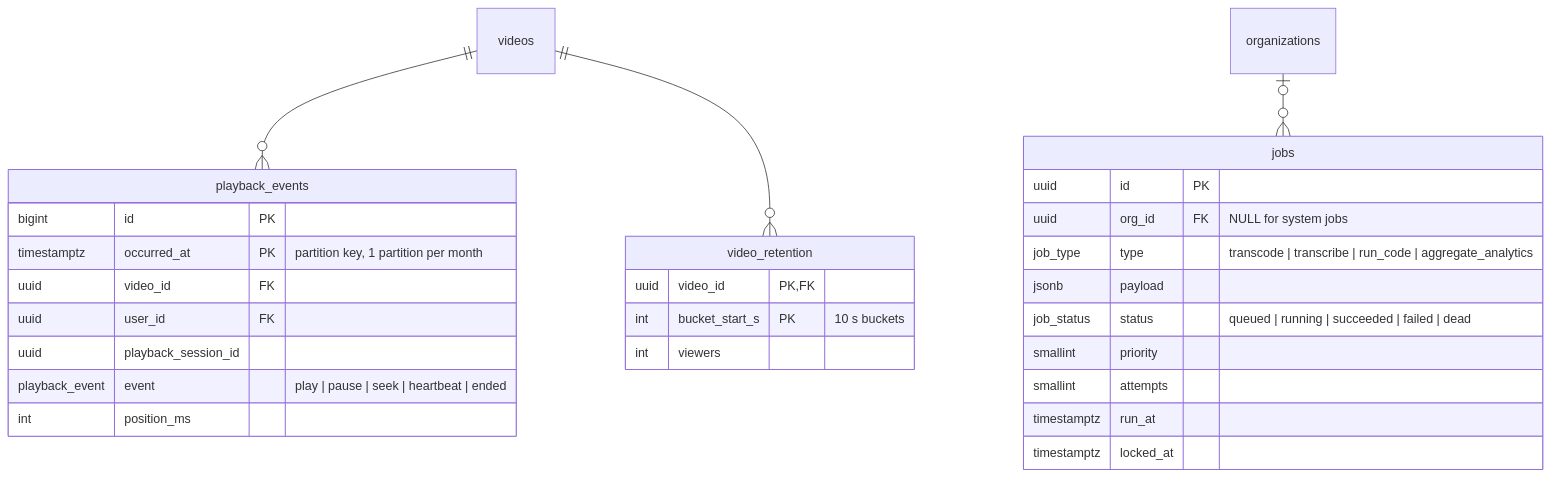
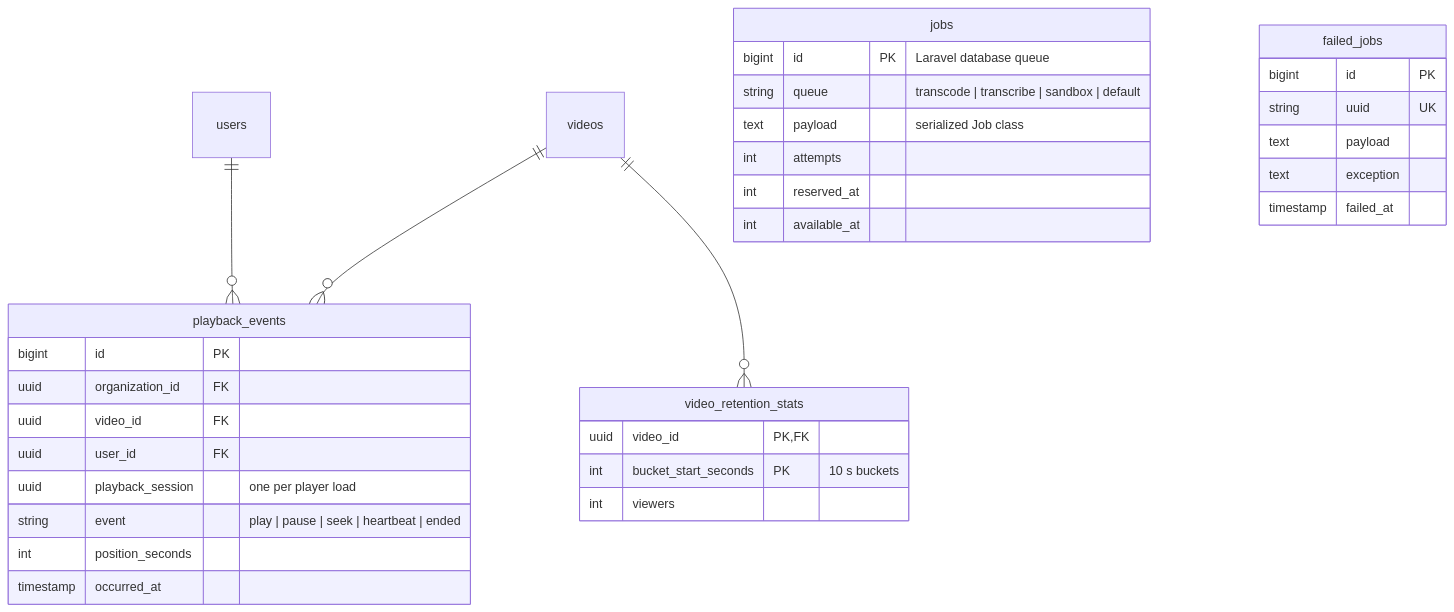
Before and after one commit to lucaszebre/ANNUALPROJECT-IWJ3: the sixth of 6 diagrams in docs/data-model.md, drawn with Mermaid. The commit also changed other lines of this file and 2 other files, not shown here.

First line of the commit message:
docs(db): rework the data model for Laravel

````diff
--- a/docs/data-model.md
+++ b/docs/data-model.md
@@ -267,31 +281,36 @@
 ```mermaid
 erDiagram
     videos ||--o{ playback_events : ""
-    videos ||--o{ video_retention : ""
-    organizations |o--o{ jobs : ""
+    users ||--o{ playback_events : ""
+    videos ||--o{ video_retention_stats : ""
     playback_events {
         bigint id PK
-        timestamptz occurred_at PK "partition key, 1 partition per month"
+        uuid organization_id FK
         uuid video_id FK
         uuid user_id FK
-        uuid playback_session_id
-        playback_event event "play | pause | seek | heartbeat | ended"
-        int position_ms
+        uuid playback_session "one per player load"
+        string event "play | pause | seek | heartbeat | ended"
+        int position_seconds
+        timestamp occurred_at
     }
-    video_retention {
+    video_retention_stats {
         uuid video_id PK, FK
-        int bucket_start_s PK "10 s buckets"
+        int bucket_start_seconds PK "10 s buckets"
         int viewers
     }
     jobs {
-        uuid id PK
-        uuid org_id FK "NULL for system jobs"
-        job_type type "transcode | transcribe | run_code | aggregate_analytics"
-        jsonb payload
-        job_status status "queued | running | succeeded | failed | dead"
-        smallint priority
-        smallint attempts
-        timestamptz run_at
-        timestamptz locked_at
+        bigint id PK "Laravel database queue"
+        string queue "transcode | transcribe | sandbox | default"
+        text payload "serialized Job class"
+        int attempts
+        int reserved_at
+        int available_at
+    }
+    failed_jobs {
+        bigint id PK
+        string uuid UK
+        text payload
+        text exception
+        timestamp failed_at
     }
 ```
````
